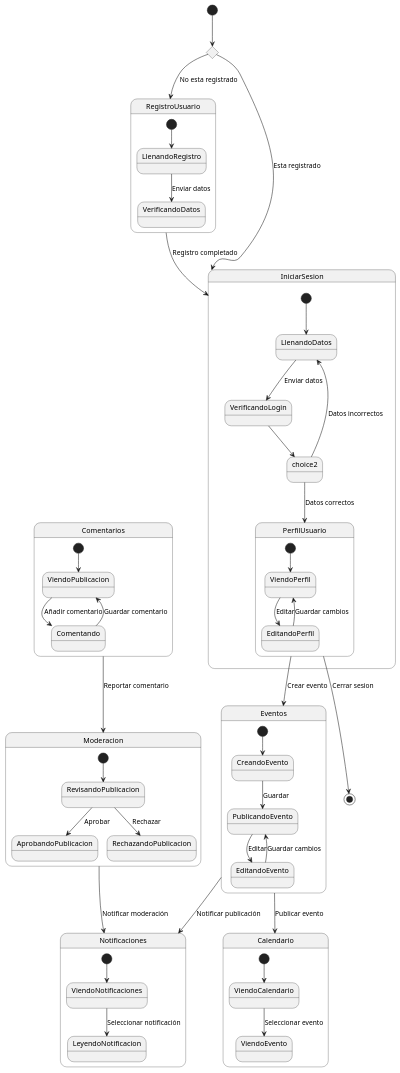
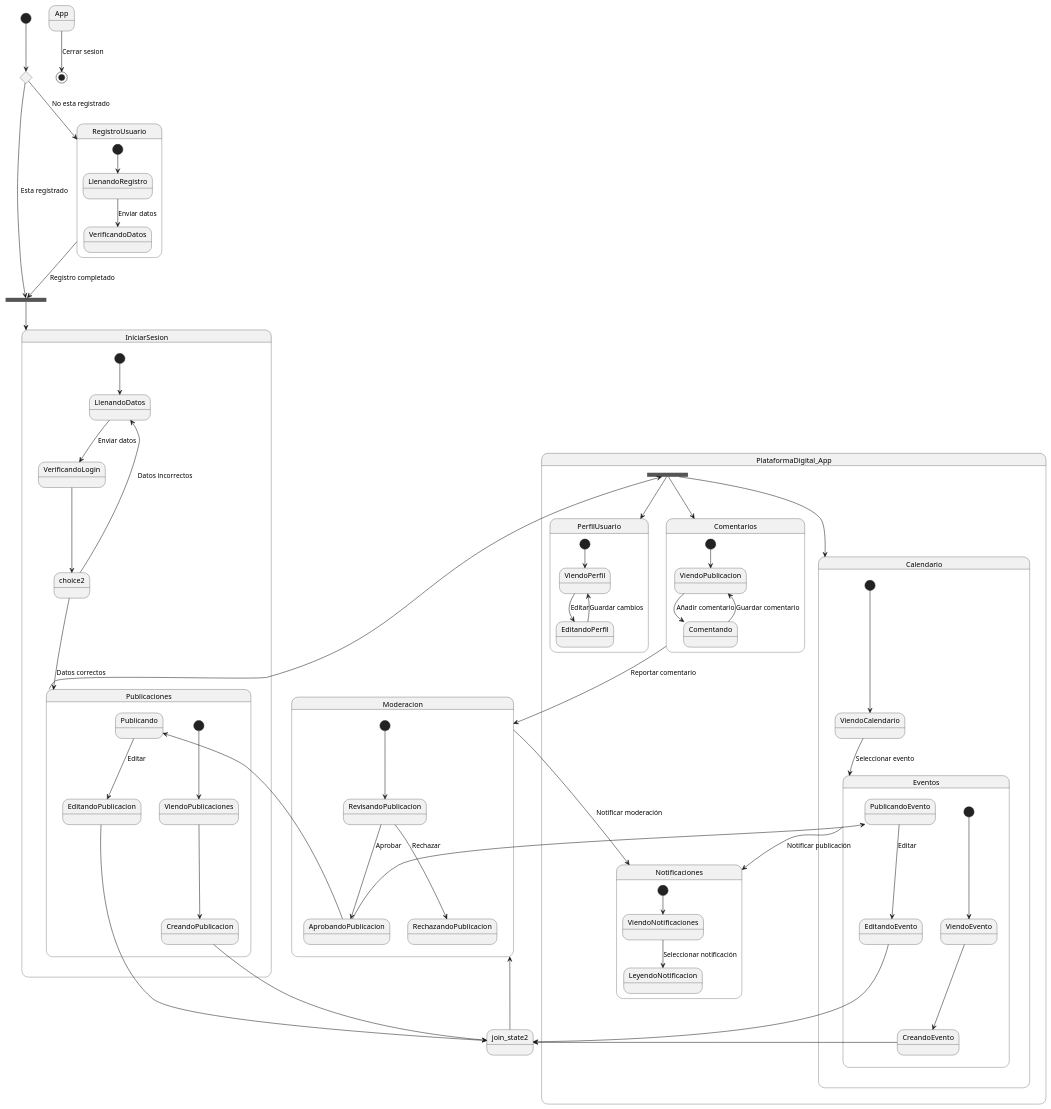
Before and after one commit to RolandoU548/Plataforma-Digital-IS: the diagram in docs/scenariosView/Diagrama Estado.plantuml, drawn with PlantUML. The commit also changed 3 other files, not shown here.

Commit message:
diagrama clases y diagrama estados

```diff
--- a/docs/scenariosView/Diagrama Estado.plantuml
+++ b/docs/scenariosView/Diagrama Estado.plantuml
@@ -1,67 +1,114 @@
-@startuml proyectoEstado
+@startuml n7
+/'
+Lea el enunciado del proyecto y cree un diagrama de estado que nos ayude a entender el proceso del negocio que se quiere automatizar. Use como base el diagrama de clases del modelo de dominio hecho en el reto 07.
+
+Cree un repositorio para el proyecto en GitHub al que tengan acceso todos los integrantes del grupo.
+
+Cree también la siguiente estructura de directorios:
+
+docs/ -> directorio para guardar la documentación
+docs/scenariosView - > diagramas de requisitos
+docs/logicalView -> diagramas de la vista lógica
+docs/developmentView -> diagramas de la vista de desarrollo
+docs/processView -> diagramas de la vista de proceso
+docs/physicalView -> diagramas de la vista física
+src -> directorio para guardar el código de la aplicación
+src/main -> directorio para el código fuente
+src/test -> directorio para las pruebas unitarias
+README.md -> archivo readme del proyecto
+Coloque en el directorio “docs/scenariosView” los archivos “.plantuml” del diagrama de clases y de estado del modelo de dominio del proyecto.
+
+También edite el archivo “README.md”, coloque como título el nombre del proyecto, liste los integrantes del equipo y coloque una sección llamada “Modelo del Dominio”, dentro de esa sección inserte las imágenes del diagrama de clases y de estado correspondiente.
+
+Suba todo a GitHUb.
+
+Al terminar, coloque el URL del repositorio del proyecto.
+'/
+
 state choice1 <<choice>>
+state join_state <<join>>
 
 [*] --> choice1
 choice1 --> RegistroUsuario : No esta registrado
-choice1 --> IniciarSesion : Esta registrado
-
+choice1 --> join_state : Esta registrado
+join_state --> IniciarSesion 
+join_state2 --> Moderacion
 
 state RegistroUsuario {
     [*] --> LlenandoRegistro
     LlenandoRegistro --> VerificandoDatos : Enviar datos
 }
 
 state IniciarSesion {
     [*] --> LlenandoDatos
     LlenandoDatos --> VerificandoLogin : Enviar datos
     VerificandoLogin --> choice2
-    choice2 --> PerfilUsuario : Datos correctos
+    choice2 --> Publicaciones : Datos correctos
     choice2 --> LlenandoDatos : Datos incorrectos
     state choice2 <<choice>>
 }
+
+state PlataformaDigital_App {
+state join_state2 <<join>>
+state join_state3 <<join>>
 
 state PerfilUsuario {
     [*] --> ViendoPerfil
     ViendoPerfil --> EditandoPerfil : Editar
     EditandoPerfil --> ViendoPerfil : Guardar cambios
 }
 
-state Eventos {
-    [*] --> CreandoEvento
-    CreandoEvento --> PublicandoEvento : Guardar
-    PublicandoEvento --> EditandoEvento : Editar
-    EditandoEvento --> PublicandoEvento : Guardar cambios
+state Publicaciones {
+    [*] --> ViendoPublicaciones
+    ViendoPublicaciones --> CreandoPublicacion
+    CreandoPublicacion --> join_state2 
+    Publicando --> EditandoPublicacion : Editar
+    EditandoPublicacion --> join_state2
 }
+
+
 
 state Calendario {
     [*] --> ViendoCalendario
-    ViendoCalendario --> ViendoEvento : Seleccionar evento
+    ViendoCalendario --> Eventos : Seleccionar evento
+    state Eventos {
+        [*] --> ViendoEvento
+        ViendoEvento --> CreandoEvento
+        CreandoEvento --> join_state2
+        PublicandoEvento --> EditandoEvento : Editar
+        EditandoEvento --> join_state2
+    }
 }
 
 state Notificaciones {
     [*] --> ViendoNotificaciones
     ViendoNotificaciones --> LeyendoNotificacion : Seleccionar notificación
 }
 
 state Comentarios {
     [*] --> ViendoPublicacion
     ViendoPublicacion --> Comentando : Añadir comentario
     Comentando --> ViendoPublicacion : Guardar comentario
 }
 
 state Moderacion {
     [*] --> RevisandoPublicacion
     RevisandoPublicacion --> AprobandoPublicacion : Aprobar
     RevisandoPublicacion --> RechazandoPublicacion : Rechazar
+    AprobandoPublicacion --> Publicando
+    AprobandoPublicacion --> PublicandoEvento
 }
-
-RegistroUsuario --> IniciarSesion : Registro completado
-PerfilUsuario --> Eventos : Crear evento
-Eventos --> Calendario : Publicar evento
+}
+RegistroUsuario --> join_state : Registro completado
 Eventos --> Notificaciones : Notificar publicación
 Comentarios --> Moderacion : Reportar comentario
 Moderacion --> Notificaciones : Notificar moderación
 
-PerfilUsuario --> [*] : Cerrar sesion
+Publicaciones --> join_state3
+join_state3 --> Comentarios
+join_state3 --> PerfilUsuario
+join_state3 --> Calendario
+
+App --> [*] : Cerrar sesion
 
 @enduml
```
